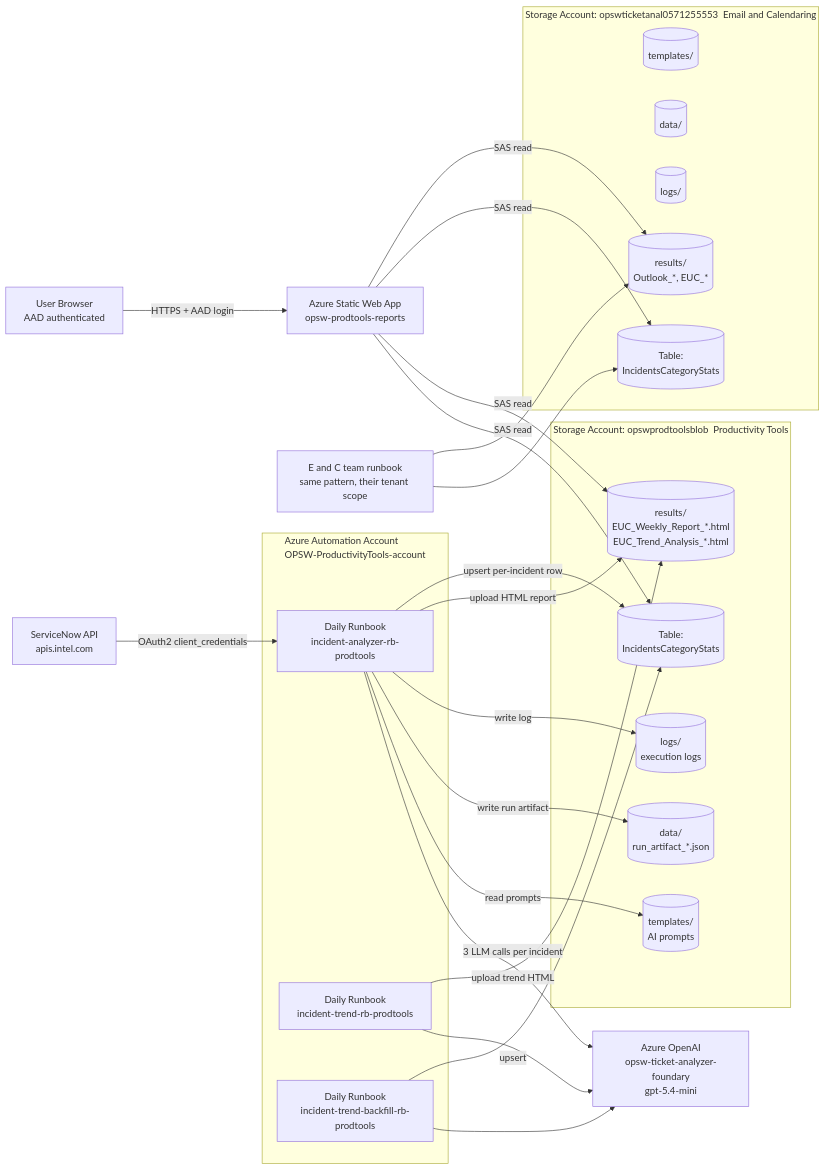
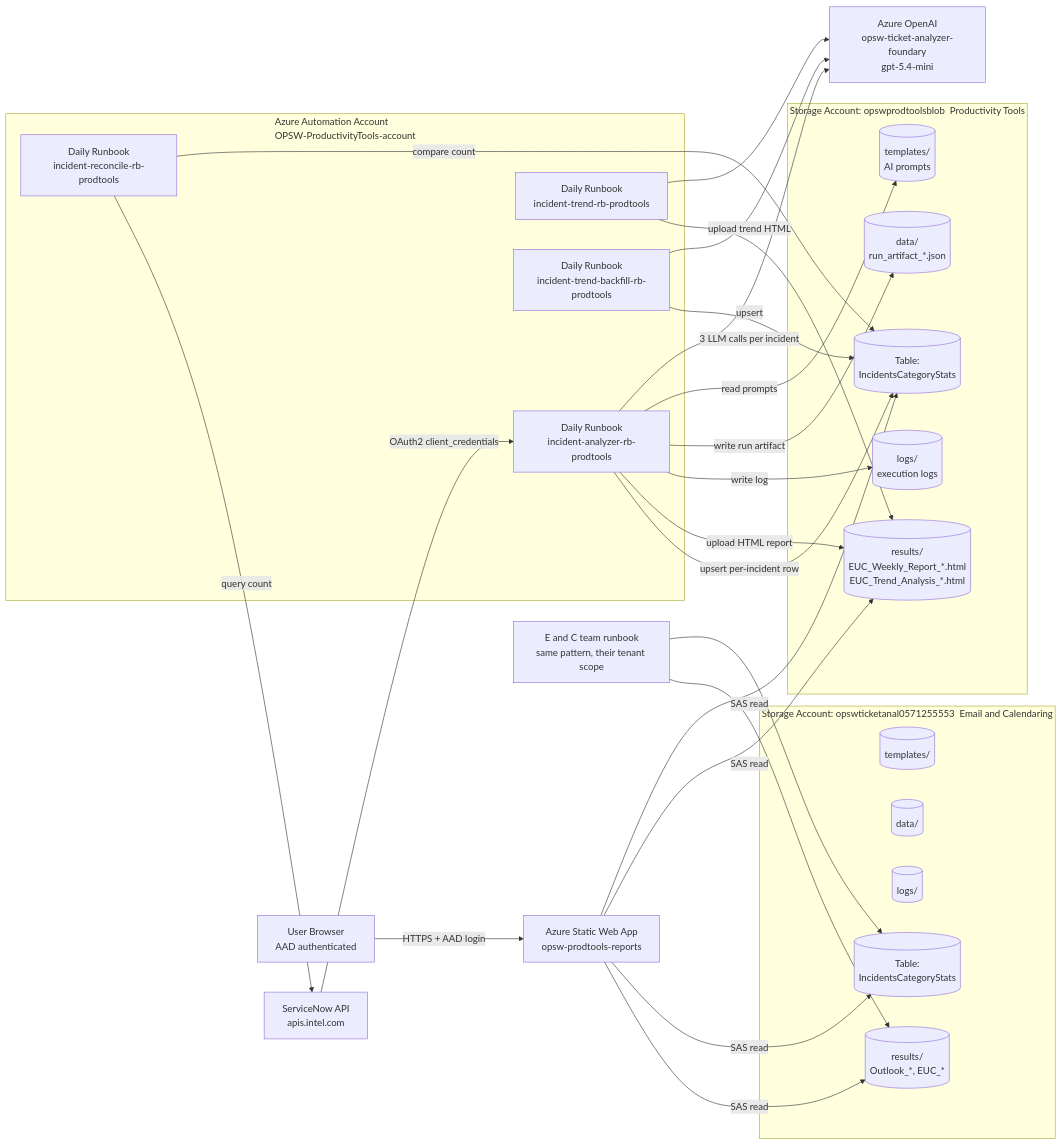
The first of 2 diagrams in docs/ARCHITECTURE.md (rohitagr92/cce_ticket_analyzer_agent), drawn with Mermaid before and after one commit. The commit also changed other lines of this file and 8 other files, not shown here.

````diff
--- a/docs/ARCHITECTURE.md
+++ b/docs/ARCHITECTURE.md
@@ -9,50 +9,53 @@
 ```mermaid
 flowchart LR
   SN[ServiceNow API<br/>apis.intel.com] -->|OAuth2 client_credentials| AA
 
   subgraph AzureAutomation[Azure Automation Account<br/>OPSW-ProductivityTools-account]
     AA[Daily Runbook<br/>incident-analyzer-rb-prodtools]
     TR[Daily Runbook<br/>incident-trend-rb-prodtools]
     BF[Daily Runbook<br/>incident-trend-backfill-rb-prodtools]
+    RC[Daily Runbook<br/>incident-reconcile-rb-prodtools]
   end
 
   AA -->|3 LLM calls per incident| AOAI[Azure OpenAI<br/>opsw-ticket-analyzer-foundary<br/>gpt-5.4-mini]
   TR --> AOAI
   BF --> AOAI
 
   subgraph StoragePT[Storage Account: opswprodtoolsblob &nbsp;Productivity Tools]
     TPL[(templates/<br/>AI prompts)]
     DAT[(data/<br/>run_artifact_*.json)]
     LOG[(logs/<br/>execution logs)]
     RES[(results/<br/>EUC_Weekly_Report_*.html<br/>EUC_Trend_Analysis_*.html)]
     TBL[(Table:<br/>IncidentsCategoryStats)]
   end
 
   subgraph StorageEC[Storage Account: opswticketanal0571255553 &nbsp;Email and Calendaring]
     TPL2[(templates/)]
     DAT2[(data/)]
     LOG2[(logs/)]
     RES2[(results/<br/>Outlook_*, EUC_*)]
     TBL2[(Table:<br/>IncidentsCategoryStats)]
   end
 
   AA -->|read prompts| TPL
   AA -->|write run artifact| DAT
   AA -->|write log| LOG
   AA -->|upload HTML report| RES
   AA -->|upsert per-incident row| TBL
   TR -->|upload trend HTML| RES
   BF -->|upsert| TBL
+  RC -->|compare count| TBL
+  RC -->|query count| SN
 
   EC[E and C team runbook<br/>same pattern, their tenant scope] --> TBL2
   EC --> RES2
 
   SWA[Azure Static Web App<br/>opsw-prodtools-reports]
   USER[User Browser<br/>AAD authenticated]
 
   USER -->|HTTPS + AAD login| SWA
   SWA -->|SAS read| TBL
   SWA -->|SAS read| RES
   SWA -->|SAS read| TBL2
   SWA -->|SAS read| RES2
 ```
````
